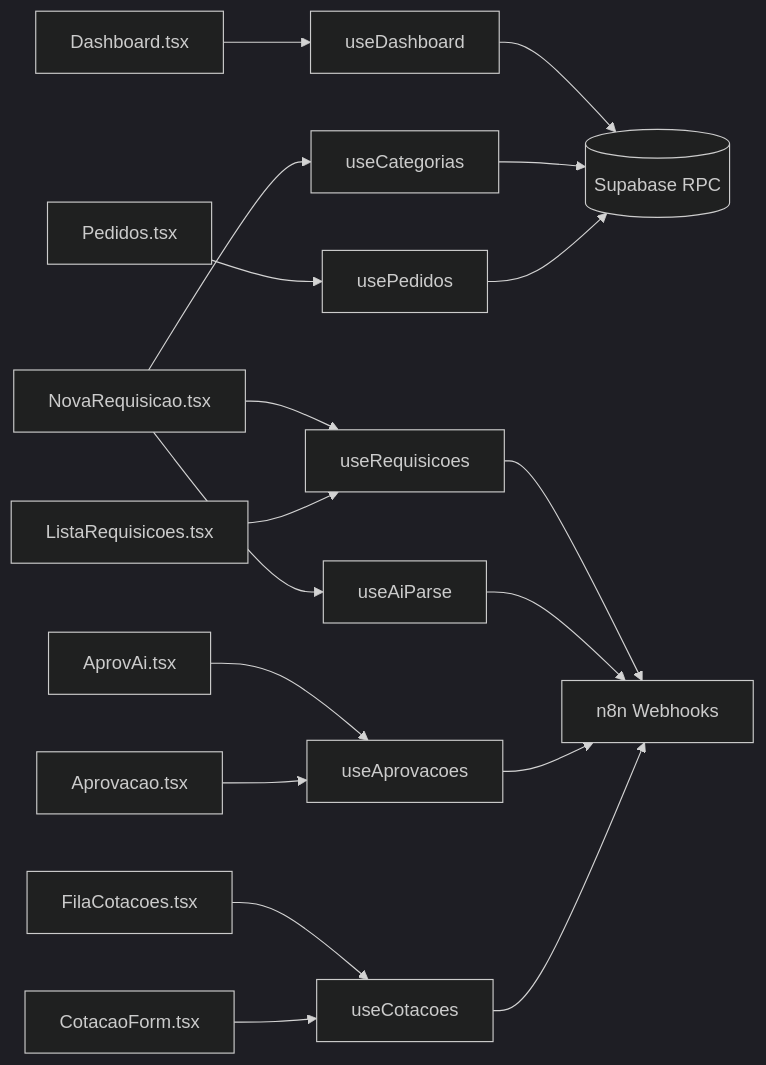
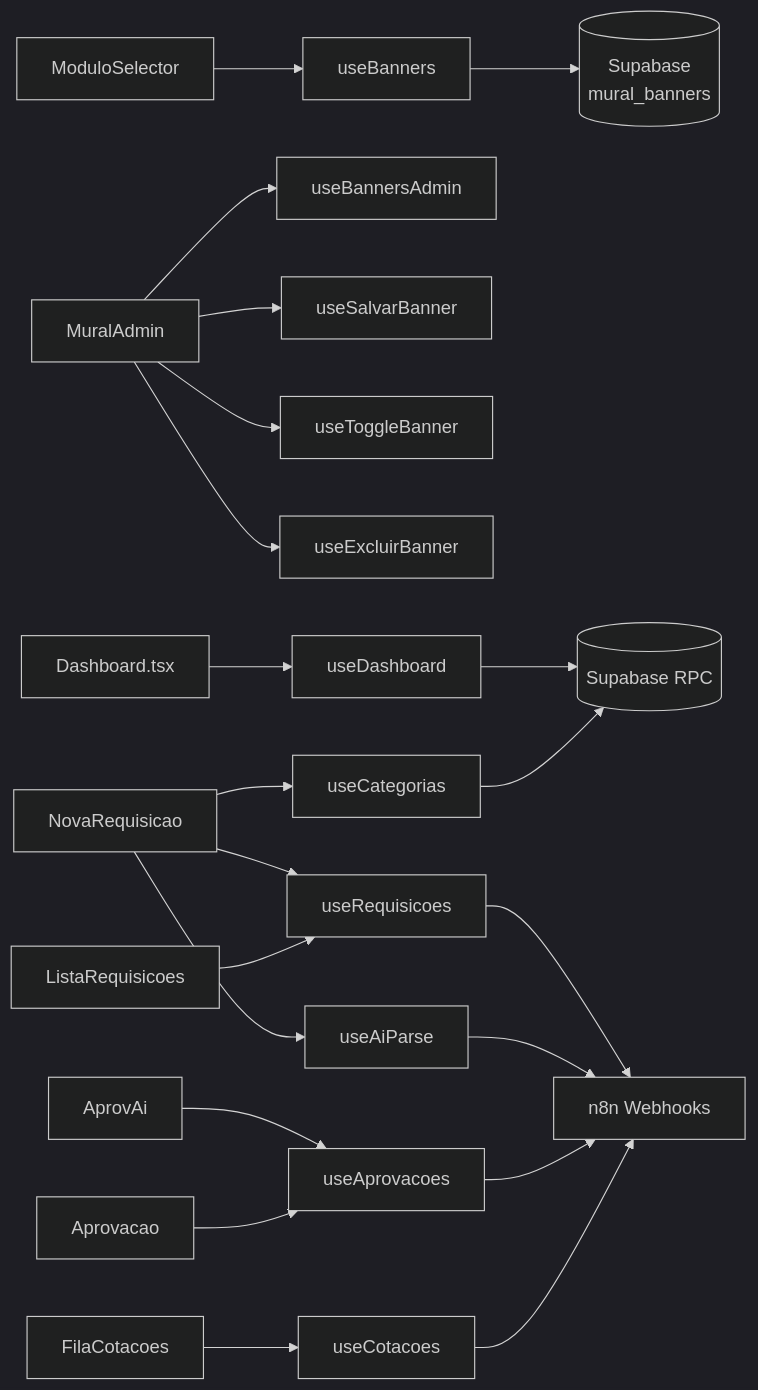
The diagram in docs/obsidian/05 - Hooks Customizados.md (leandroteg/teg-plus), drawn with Mermaid (dark theme) before and after one commit. The commit also changed other lines of this file and 4 other files, not shown here.

````diff
--- a/docs/obsidian/05 - Hooks Customizados.md
+++ b/docs/obsidian/05 - Hooks Customizados.md
@@ -203,21 +267,25 @@
 ```mermaid
 graph LR
+    MOD[ModuloSelector] --> UB[useBanners]
+    MA[MuralAdmin] --> UBA[useBannersAdmin]
+    MA --> USB[useSalvarBanner]
+    MA --> UTB[useToggleBanner]
+    MA --> UEB[useExcluirBanner]
+
     D[Dashboard.tsx] --> UD[useDashboard]
-    NR[NovaRequisicao.tsx] --> UR[useRequisicoes]
+    NR[NovaRequisicao] --> UR[useRequisicoes]
     NR --> UC[useCategorias]
     NR --> UA[useAiParse]
-    LR[ListaRequisicoes.tsx] --> UR
-    FC[FilaCotacoes.tsx] --> UCT[useCotacoes]
-    CF[CotacaoForm.tsx] --> UCT
-    PD[Pedidos.tsx] --> UP[usePedidos]
-    AI[AprovAi.tsx] --> UAP[useAprovacoes]
-    APV[Aprovacao.tsx] --> UAP
+    LR[ListaRequisicoes] --> UR
+    FC[FilaCotacoes] --> UCT[useCotacoes]
+    AI[AprovAi] --> UAP[useAprovacoes]
+    APV[Aprovacao] --> UAP
 
-    UD --> SB[(Supabase RPC)]
+    UB --> SB[(Supabase\nmural_banners)]
+    UD --> SB2[(Supabase RPC)]
     UR --> N8N[n8n Webhooks]
     UA --> N8N
     UAP --> N8N
     UCT --> N8N
-    UC --> SB
-    UP --> SB
+    UC --> SB2
 ```
````
